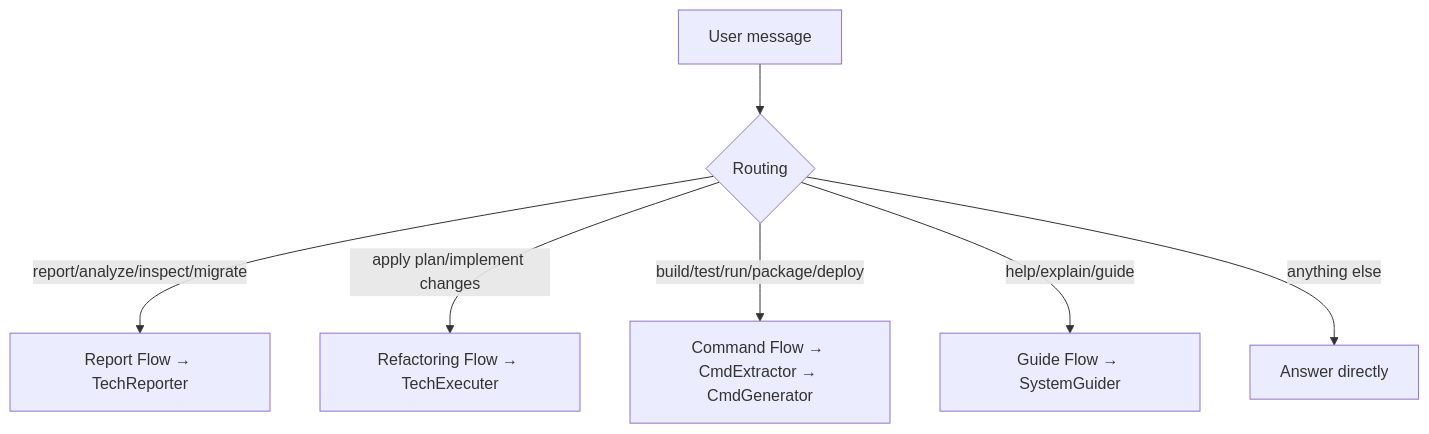
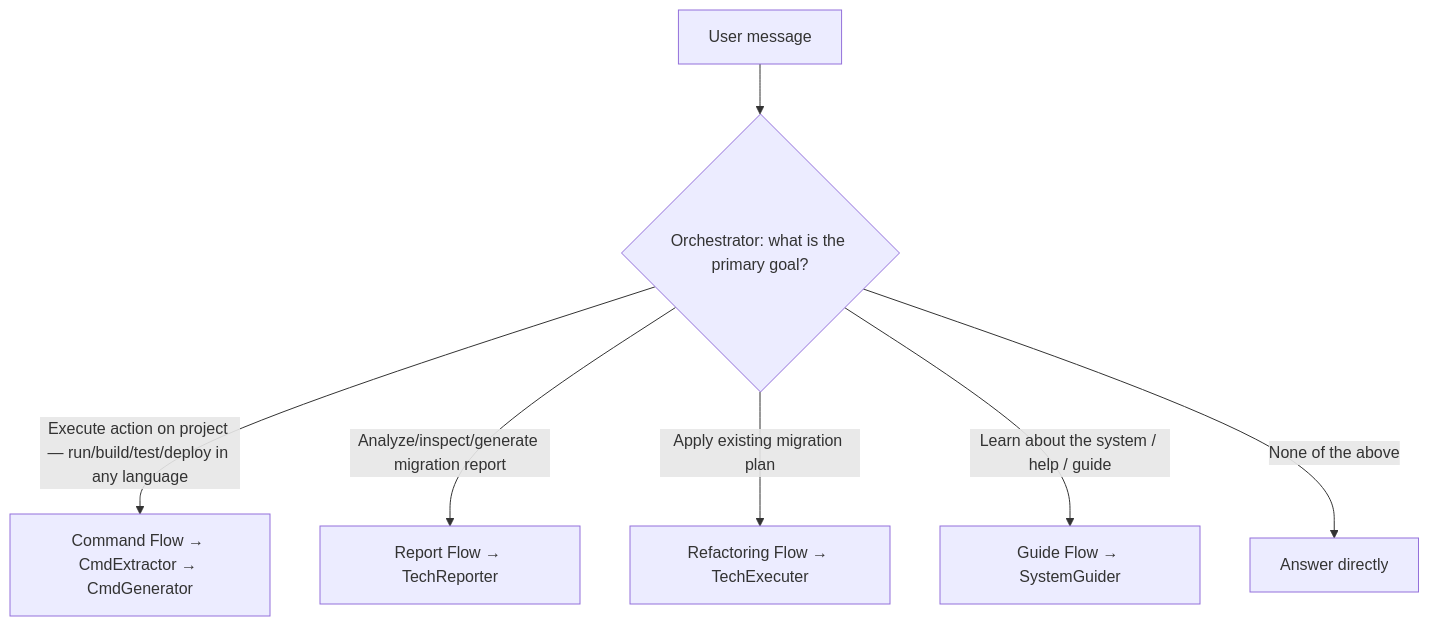
One commit to caupolicanquerales/multi_system_agent_mode changed the fourth of 4 diagrams in .github/skills/system-guide-info/SKILL.md. Above: the diagram before and after it, drawn with Mermaid. The commit also changed 9 other files, not shown here.

````diff
--- a/.github/skills/system-guide-info/SKILL.md
+++ b/.github/skills/system-guide-info/SKILL.md
@@ -107,9 +107,9 @@
 ```mermaid
 graph TD
-    A[User message] --> B{Routing}
-    B -->|report/analyze/inspect/migrate| C[Report Flow → TechReporter]
-    B -->|apply plan/implement changes| D[Refactoring Flow → TechExecuter]
-    B -->|build/test/run/package/deploy| E[Command Flow → CmdExtractor → CmdGenerator]
-    B -->|help/explain/guide| F[Guide Flow → SystemGuider]
-    B -->|anything else| G[Answer directly]
+    A[User message] --> B{Orchestrator: what is the primary goal?}
+    B -->|Execute action on project — run/build/test/deploy in any language| E[Command Flow → CmdExtractor → CmdGenerator]
+    B -->|Analyze/inspect/generate migration report| C[Report Flow → TechReporter]
+    B -->|Apply existing migration plan| D[Refactoring Flow → TechExecuter]
+    B -->|Learn about the system / help / guide| F[Guide Flow → SystemGuider]
+    B -->|None of the above| G[Answer directly]
 ```
````
